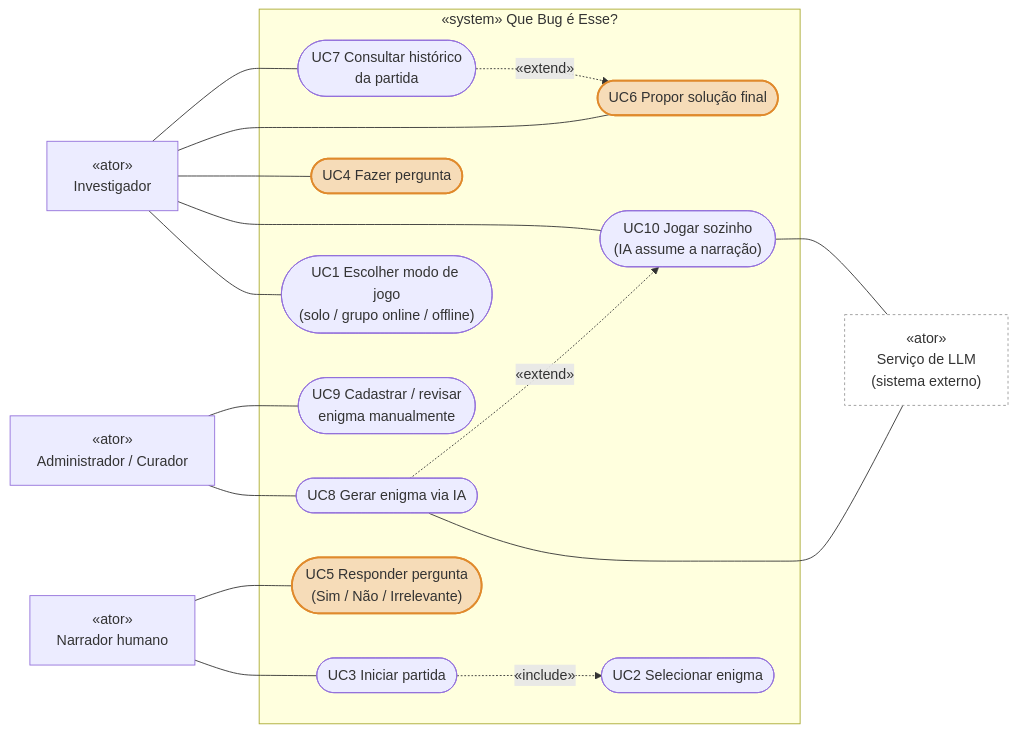
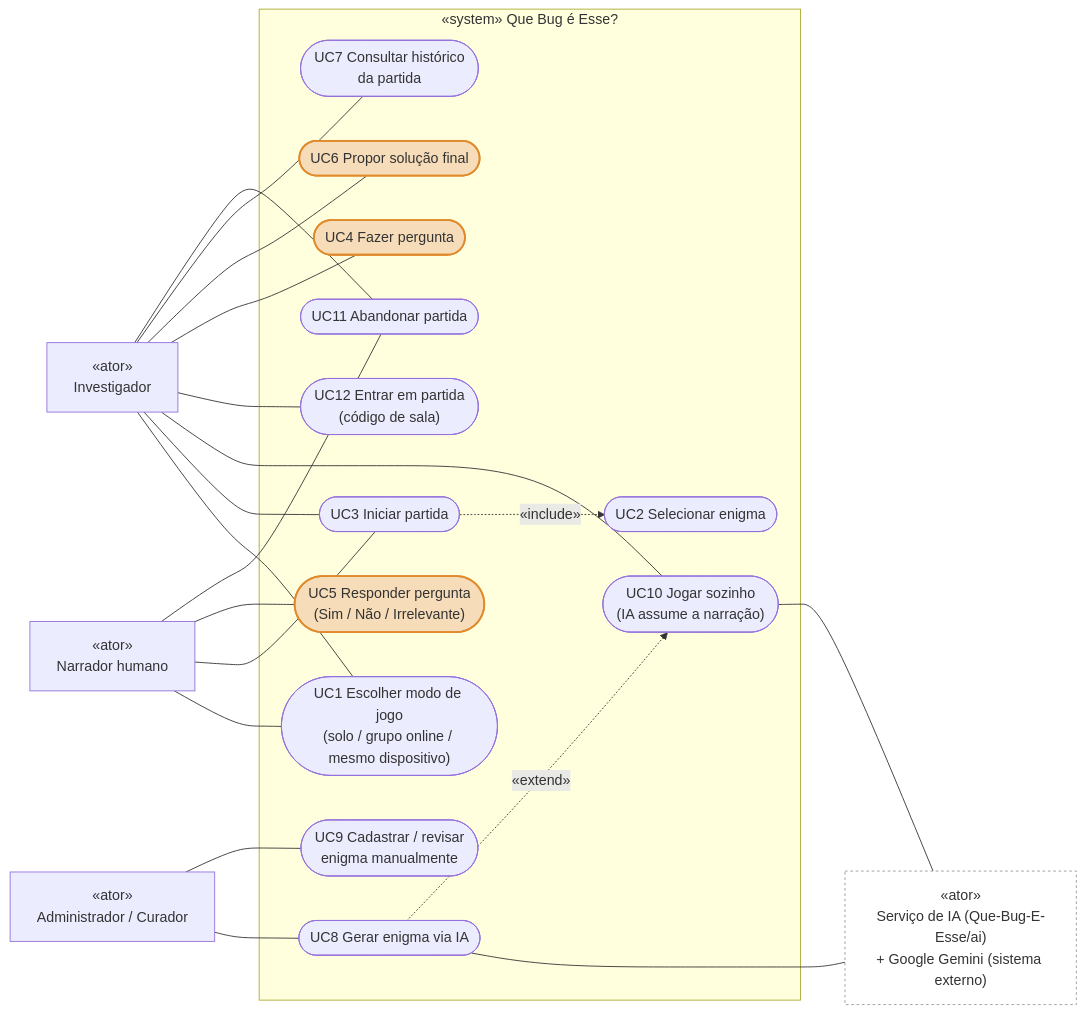
One commit to Dtma20/que-bug-e-esse changed the diagram in docs/diagramas/casos-de-uso.md. Above: the diagram before and after it, drawn with Mermaid. The commit also changed other lines of this file and 18 other files, not shown here.

Commit message:
Docs: atualiza M1 concluido, diagramas Mermaid e specs S06-S09

````diff
--- a/docs/diagramas/casos-de-uso.md
+++ b/docs/diagramas/casos-de-uso.md
@@ -8,41 +8,47 @@
 ```mermaid
 flowchart LR
     inv["«ator»<br/>Investigador"]
     narr["«ator»<br/>Narrador humano"]
     cur["«ator»<br/>Administrador / Curador"]
-    llm["«ator»<br/>Serviço de LLM<br/>(sistema externo)"]
+    llm["«ator»<br/>Serviço de IA (Que-Bug-E-Esse/ai)<br/>+ Google Gemini (sistema externo)"]
 
     subgraph sistema["«system» Que Bug é Esse?"]
-        UC1(["UC1 Escolher modo de jogo<br/>(solo / grupo online / offline)"])
+        UC1(["UC1 Escolher modo de jogo<br/>(solo / grupo online / mesmo dispositivo)"])
         UC10(["UC10 Jogar sozinho<br/>(IA assume a narração)"])
+        UC12(["UC12 Entrar em partida<br/>(código de sala)"])
         UC4(["UC4 Fazer pergunta"])
         UC6(["UC6 Propor solução final"])
         UC7(["UC7 Consultar histórico<br/>da partida"])
+        UC11(["UC11 Abandonar partida"])
         UC3(["UC3 Iniciar partida"])
         UC5(["UC5 Responder pergunta<br/>(Sim / Não / Irrelevante)"])
         UC9(["UC9 Cadastrar / revisar<br/>enigma manualmente"])
         UC2(["UC2 Selecionar enigma"])
         UC8(["UC8 Gerar enigma via IA"])
     end
 
     inv --- UC1
+    inv --- UC3
     inv --- UC10
+    inv --- UC12
     inv --- UC4
     inv --- UC6
     inv --- UC7
+    inv --- UC11
+    narr --- UC1
     narr --- UC3
     narr --- UC5
+    narr --- UC11
     cur --- UC8
     cur --- UC9
     UC10 --- llm
     UC8 --- llm
 
-    UC7 -.->|«extend»| UC6
-    UC3 -.->|«include»| UC2
-    UC8 -.->|«extend»| UC10
+    UC3 -.->|"«include»"| UC2
+    UC8 -.->|"«extend»"| UC10
 
     classDef principal fill:#f6dcb8,stroke:#e08a2c,stroke-width:2px
     classDef externo fill:#ffffff,stroke:#999999,stroke-dasharray:3 3
     class UC4,UC5,UC6 principal
     class llm externo
 ```
````
